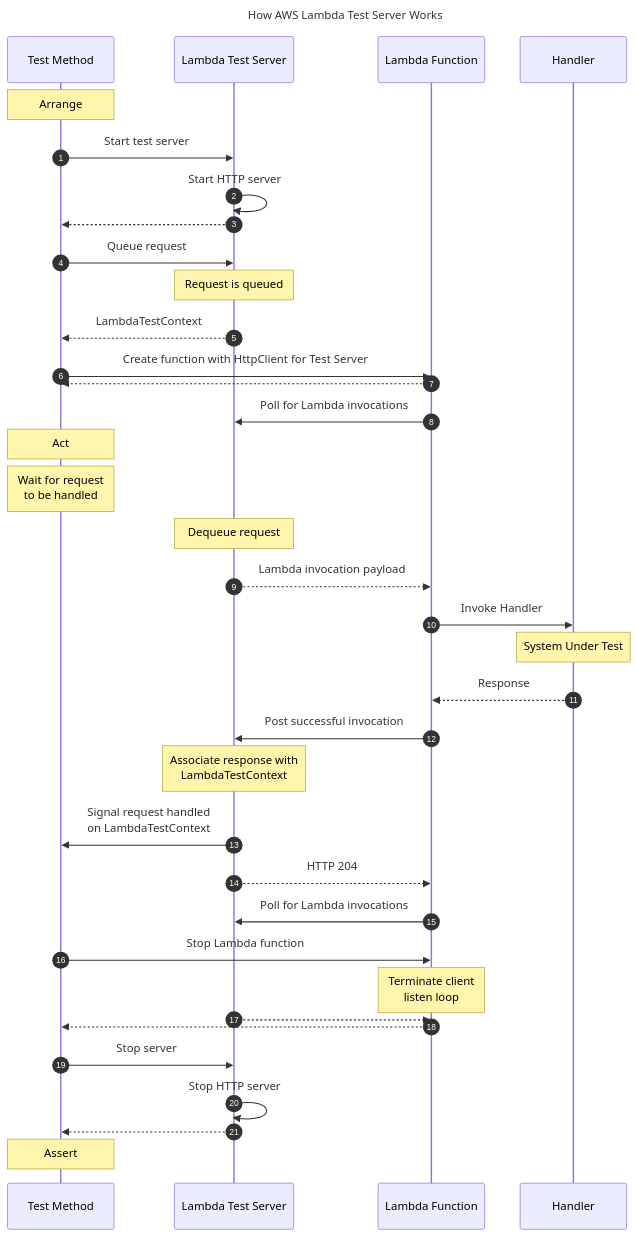
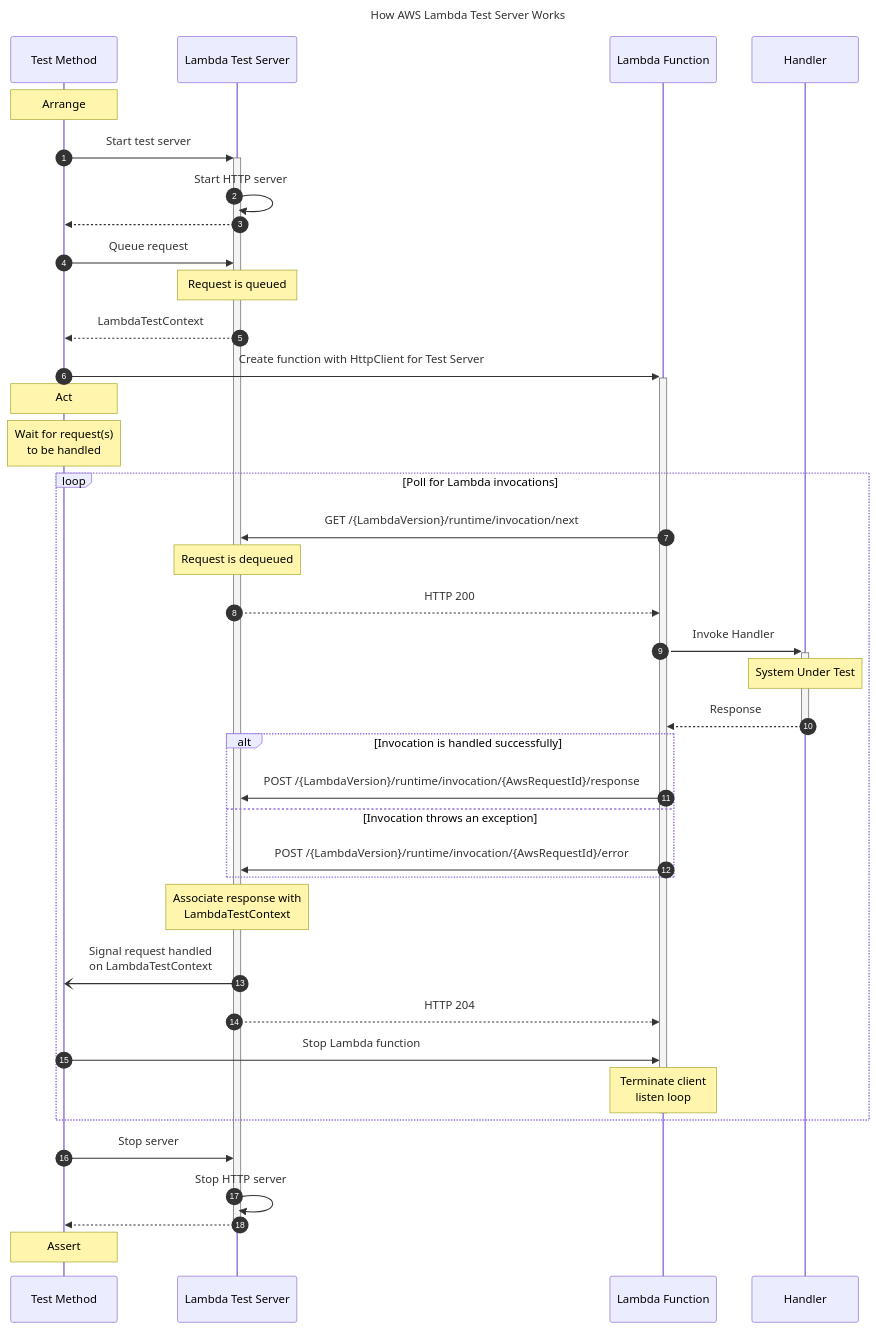
Before and after one commit to martincostello/lambda-test-server: the diagram in README.md, drawn with Mermaid.

Commit message:
Improve diagram
Improve the diagram with additional annotations and loops.

````diff
--- a/README.md
+++ b/README.md
@@ -126,65 +126,79 @@
 ```mermaid
 sequenceDiagram
     autonumber
+
+    participant T as Test Method
+    participant S as Lambda Test Server
+    participant F as Lambda Function
+    participant H as Handler
+
     title How AWS Lambda Test Server Works
 
-    note over Test Method: Arrange
+    note over T:Arrange
 
-    Test Method ->> Lambda Test Server: Start test server
+    T->>+S: Start test server
 
-    Lambda Test Server ->> Lambda Test Server: Start HTTP server
+    S->>S:Start HTTP server
 
-    Lambda Test Server -->> Test Method: 
+    S-->>T: 
 
-    Test Method ->> Lambda Test Server: Queue request
+    T->>S:Queue request
 
-    note over Lambda Test Server: Request is queued
+    note over S:Request is queued
 
-    Lambda Test Server -->> Test Method: LambdaTestContext
+    S-->>T:LambdaTestContext
 
-    Test Method ->> Lambda Function: Create function with HttpClient for Test Server
+    T->>+F:Create function with HttpClient for Test Server
 
-    Lambda Function -->> Test Method: 
+    note over T:Act
 
-    Lambda Function ->> Lambda Test Server: Poll for Lambda invocations
+    note over T:Wait for request(s)<br/>to be handled
 
-    note over Test Method: Act
+    loop Poll for Lambda invocations
 
-    note over Test Method: Wait for request<br/>to be handled
+        F->>S:GET /{LambdaVersion}/runtime/invocation/next
 
-    note over Lambda Test Server: Dequeue request
+        note over S:Request is dequeued
 
-    Lambda Test Server -->> Lambda Function: Lambda invocation payload
+        S-->>F:HTTP 200
 
-    Lambda Function ->> Handler: Invoke Handler
+        F->>+H:Invoke Handler
 
-    note over Handler: System Under Test
+        note over H:System Under Test
 
-    Handler -->> Lambda Function: Response
+        H-->>-F:Response
 
-    Lambda Function ->> Lambda Test Server: Post successful invocation
+        alt Invocation is handled successfully
 
-    note over Lambda Test Server: Associate response with<br/>LambdaTestContext
+        F->>S:POST /{LambdaVersion}/runtime/invocation/{AwsRequestId}/response
 
-    Lambda Test Server ->> Test Method: Signal request handled<br/>on LambdaTestContext
+        else Invocation throws an exception
 
-    Lambda Test Server -->> Lambda Function: HTTP 204
+        F->>S:POST /{LambdaVersion}/runtime/invocation/{AwsRequestId}/error
 
-    Lambda Function ->> Lambda Test Server: Poll for Lambda invocations
+        end
 
-    Test Method ->> Lambda Function: Stop Lambda function
+        note over S:Associate response with<br/>LambdaTestContext
 
-    note over Lambda Function:Terminate client<br/>listen loop
+        S-)T:Signal request handled<br/>on LambdaTestContext
 
-    Lambda Test Server -->> Lambda Function: 
+        S-->>F:HTTP 204
 
-    Lambda Function -->> Test Method: 
+        T->>F:Stop Lambda function
 
-    Test Method ->> Lambda Test Server: Stop server
+        note over F:Terminate client<br/>listen loop
 
-    Lambda Test Server ->> Lambda Test Server: Stop HTTP server
+        deactivate F
 
-    Lambda Test Server -->> Test Method: 
+    end
 
-    note over Test Method: Assert
+    T->>S:Stop server
+
+    S->>S:Stop HTTP server
+
+    S-->> T: 
+
+    deactivate S
+
+    note over T:Assert
 ```
````
